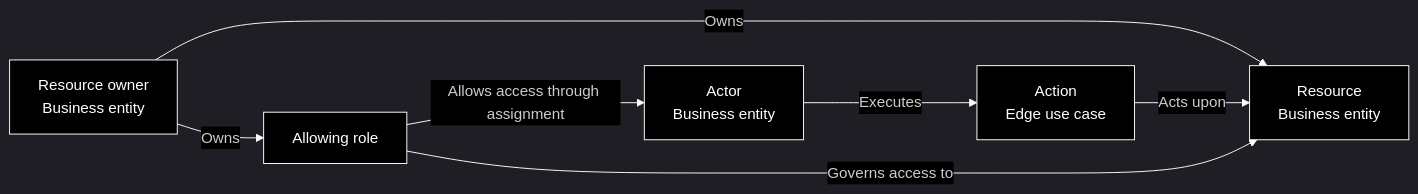
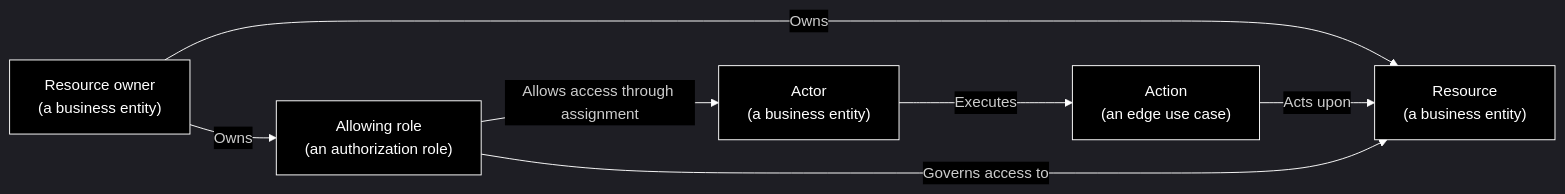
One commit to clean-arch-enablers-project/clean-ontology changed the third of 3 diagrams in concept/README.md. Above: the diagram before and after it, drawn with Mermaid.

Commit message:
docs: clarify classifications in ownership diagram

````diff
--- a/concept/README.md
+++ b/concept/README.md
@@ -92,12 +92,12 @@
 ```mermaid
 %%{init: {'theme': 'dark', 'themeVariables': {'lineColor': '#ffffff', 'edgeLabelBackground': '#000000', 'primaryTextColor': '#ffffff'}}}%%
 flowchart LR
-    actor["Actor<br/>Business entity"] -->|Executes| action["Action<br/>Edge use case"]
-    action -->|Acts upon| resource["Resource<br/>Business entity"]
-    owner["Resource owner<br/>Business entity"] -->|Owns| resource
-    owner -->|Owns| role["Allowing role"]
+    actor["Actor<br/>(a business entity)"] -->|Executes| action["Action<br/>(an edge use case)"]
+    action -->|Acts upon| resource["Resource<br/>(a business entity)"]
+    owner["Resource owner<br/>(a business entity)"] -->|Owns| resource
+    owner -->|Owns| role["Allowing role<br/>(an authorization role)"]
     role -->|Allows access through assignment| actor
     role -->|Governs access to| resource
 
     classDef default fill:#000000,stroke:#ffffff,color:#ffffff
 ```
````
